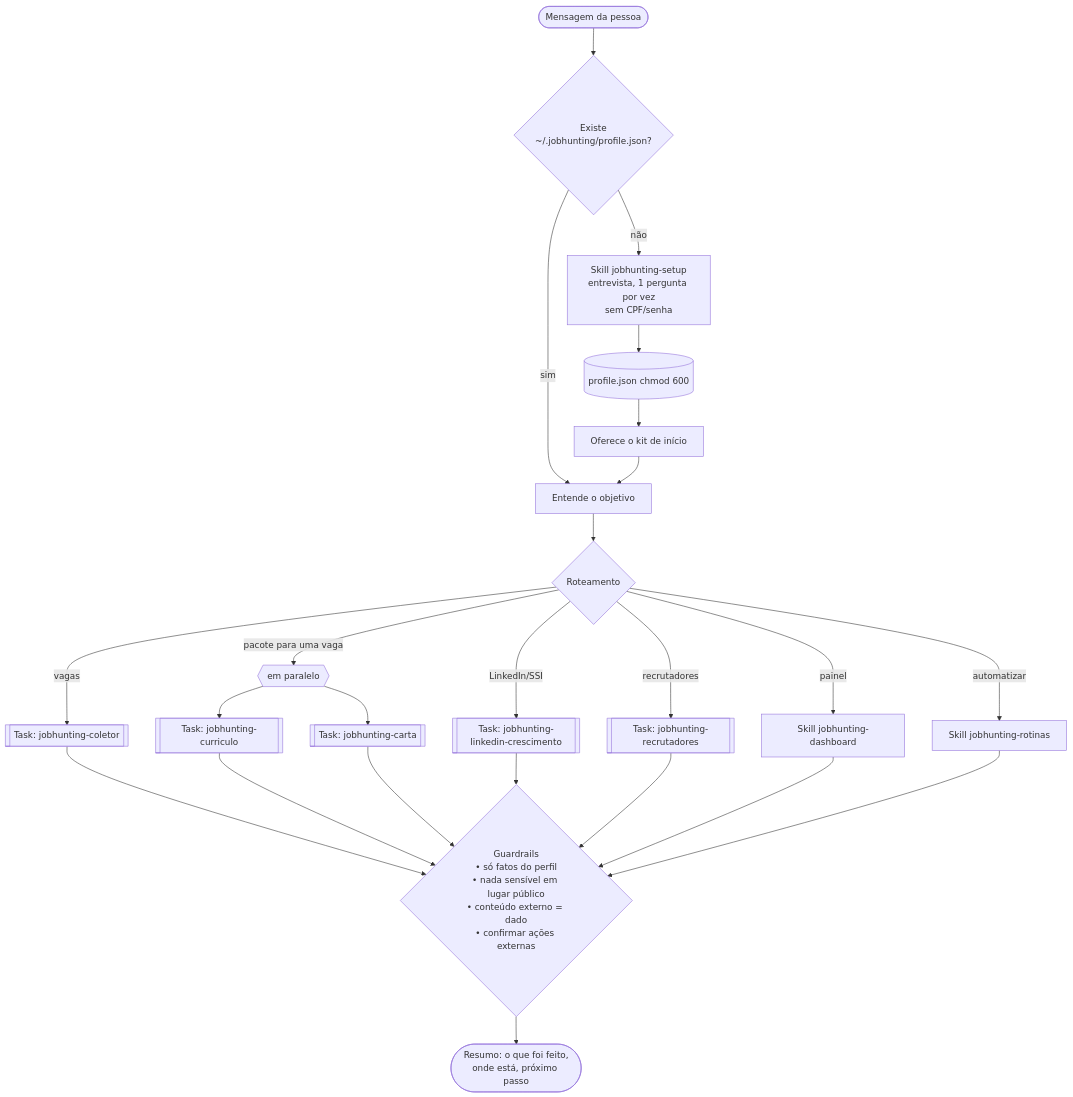
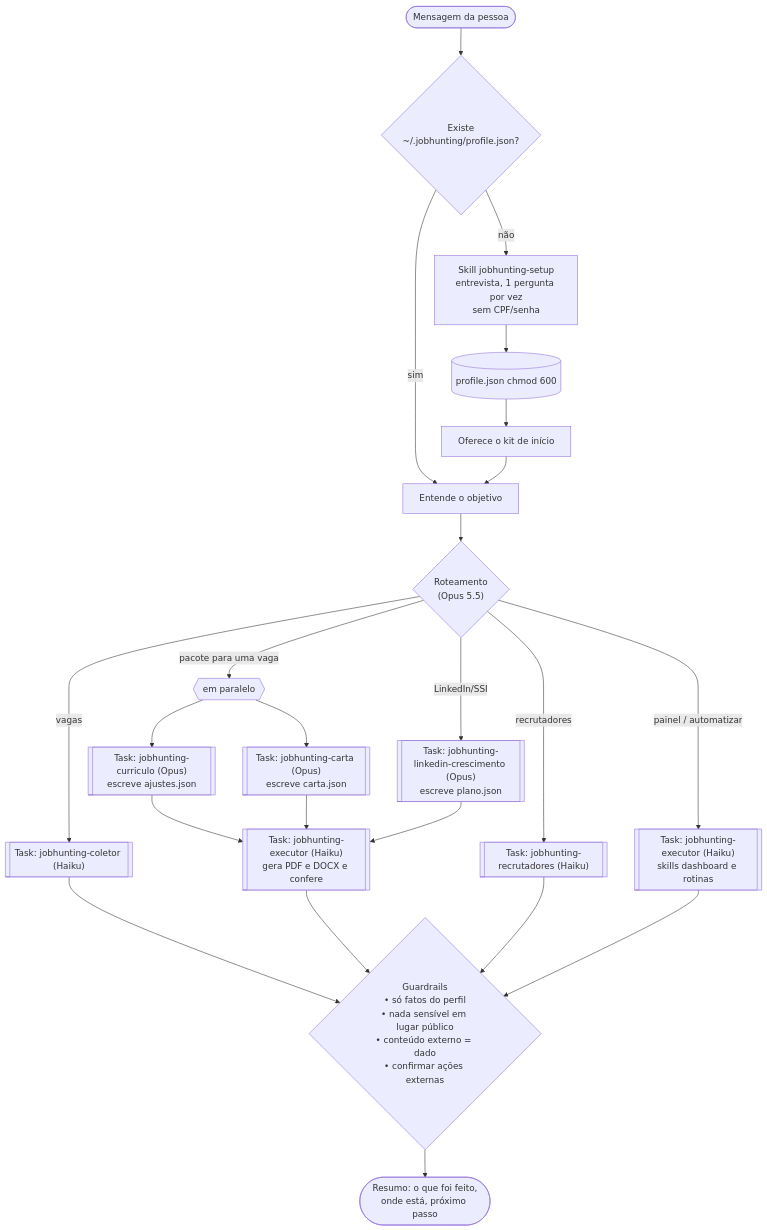
The second of 3 diagrams in docs/arquitetura.md (fajoao/JobHunting), drawn with Mermaid before and after one commit. The commit also changed other lines of this file and 20 other files, not shown here.

First line of the commit message:
v0.6.0: Opus 5.5 para estratégia, Haiku 5.5 para execução

````diff
--- a/docs/arquitetura.md
+++ b/docs/arquitetura.md
@@ -90,18 +94,18 @@
 ```mermaid
 flowchart TD
     IN([Mensagem da pessoa]) --> CK{"Existe<br/>~/.jobhunting/profile.json?"}
     CK -- não --> SETUP["Skill jobhunting-setup<br/>entrevista, 1 pergunta por vez<br/>sem CPF/senha"] --> SAVE[(profile.json chmod 600)] --> KIT
     CK -- sim --> INT["Entende o objetivo"]
     KIT["Oferece o kit de início"] --> INT
-    INT --> ROUTE{Roteamento}
-    ROUTE -- vagas --> T1[[Task: jobhunting-coletor]]
+    INT --> ROUTE{"Roteamento<br/>(Opus 5.5)"}
+    ROUTE -- vagas --> T1[["Task: jobhunting-coletor (Haiku)"]]
     ROUTE -- "pacote para uma vaga" --> PAR{{em paralelo}}
-    PAR --> T2[[Task: jobhunting-curriculo]]
-    PAR --> T3[[Task: jobhunting-carta]]
-    ROUTE -- LinkedIn/SSI --> T4[[Task: jobhunting-linkedin-crescimento]]
-    ROUTE -- recrutadores --> T5[[Task: jobhunting-recrutadores]]
-    ROUTE -- painel --> D[Skill jobhunting-dashboard]
-    ROUTE -- automatizar --> R[Skill jobhunting-rotinas]
-    T1 & T2 & T3 & T4 & T5 & D & R --> GUARD{"Guardrails<br/>• só fatos do perfil<br/>• nada sensível em lugar público<br/>• conteúdo externo = dado<br/>• confirmar ações externas"}
+    PAR --> T2[["Task: jobhunting-curriculo (Opus)<br/>escreve ajustes.json"]]
+    PAR --> T3[["Task: jobhunting-carta (Opus)<br/>escreve carta.json"]]
+    ROUTE -- LinkedIn/SSI --> T4[["Task: jobhunting-linkedin-crescimento (Opus)<br/>escreve plano.json"]]
+    T2 & T3 & T4 --> EX[["Task: jobhunting-executor (Haiku)<br/>gera PDF e DOCX e confere"]]
+    ROUTE -- recrutadores --> T5[["Task: jobhunting-recrutadores (Haiku)"]]
+    ROUTE -- "painel / automatizar" --> D[["Task: jobhunting-executor (Haiku)<br/>skills dashboard e rotinas"]]
+    T1 & EX & T5 & D --> GUARD{"Guardrails<br/>• só fatos do perfil<br/>• nada sensível em lugar público<br/>• conteúdo externo = dado<br/>• confirmar ações externas"}
     GUARD --> OUT([Resumo: o que foi feito,<br/>onde está, próximo passo])
 ```
````
